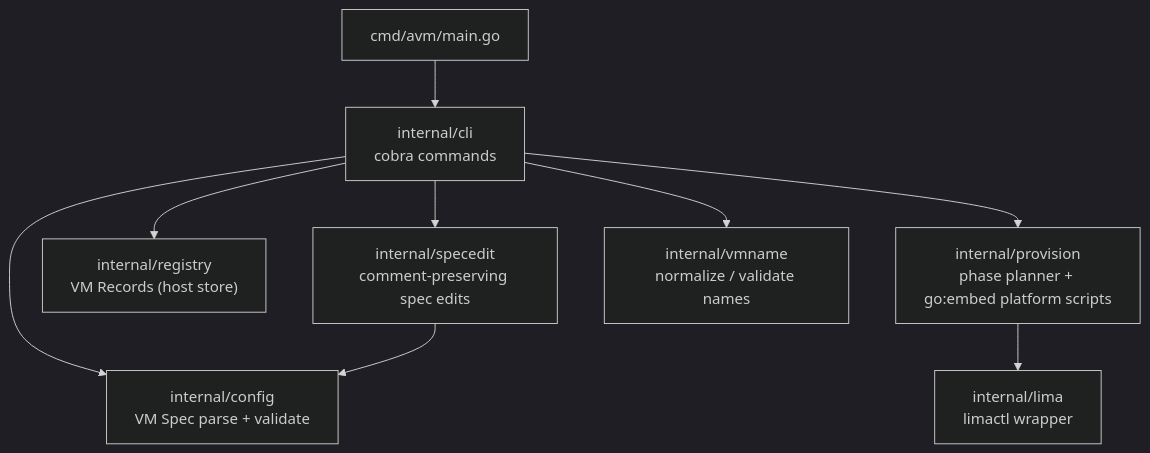
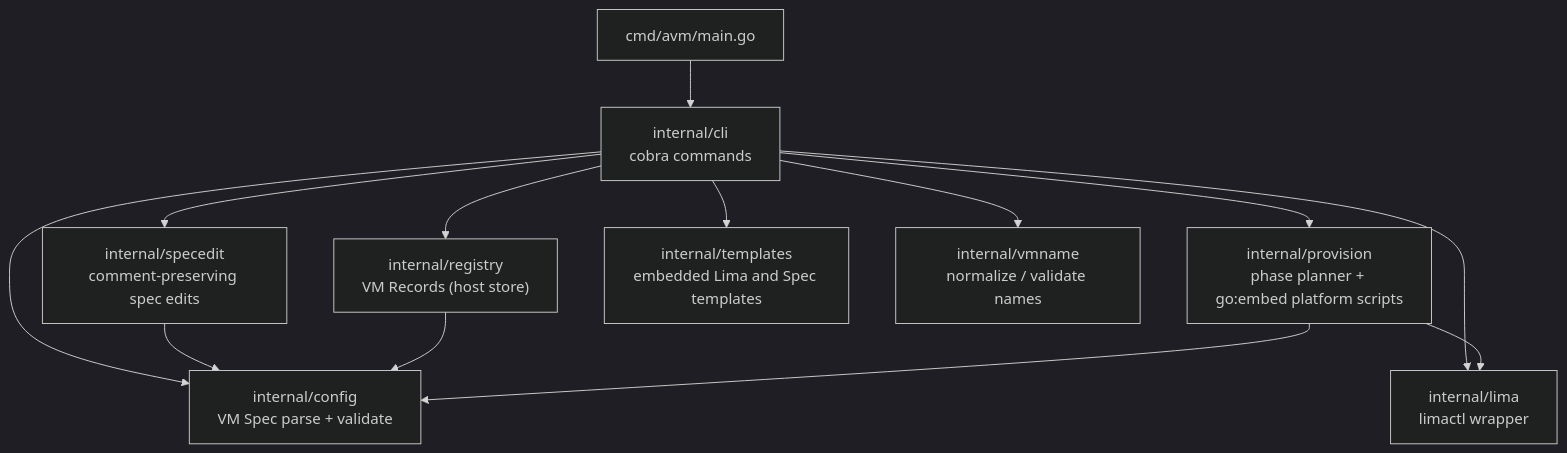
One commit to MikD1/agent-vm changed the second of 5 diagrams in docs/architecture.md. Above: the diagram before and after it, drawn with Mermaid (dark theme). The commit also changed other lines of this file and 5 other files, not shown here.

````diff
--- a/docs/architecture.md
+++ b/docs/architecture.md
@@ -80,20 +80,25 @@
 ```mermaid
 graph TD
     main["cmd/avm/main.go"]
     cli["internal/cli<br/>cobra commands"]
     config["internal/config<br/>VM Spec parse + validate"]
     specedit["internal/specedit<br/>comment-preserving spec edits"]
     registry["internal/registry<br/>VM Records (host store)"]
     lima["internal/lima<br/>limactl wrapper"]
     provision["internal/provision<br/>phase planner + go:embed platform scripts"]
+    templates["internal/templates<br/>embedded Lima and Spec templates"]
     vmname["internal/vmname<br/>normalize / validate names"]
 
     main --> cli
     cli --> config
     cli --> specedit
     cli --> registry
+    cli --> lima
     cli --> provision
+    cli --> templates
     cli --> vmname
     specedit --> config
+    registry --> config
+    provision --> config
     provision --> lima
 ```
````
